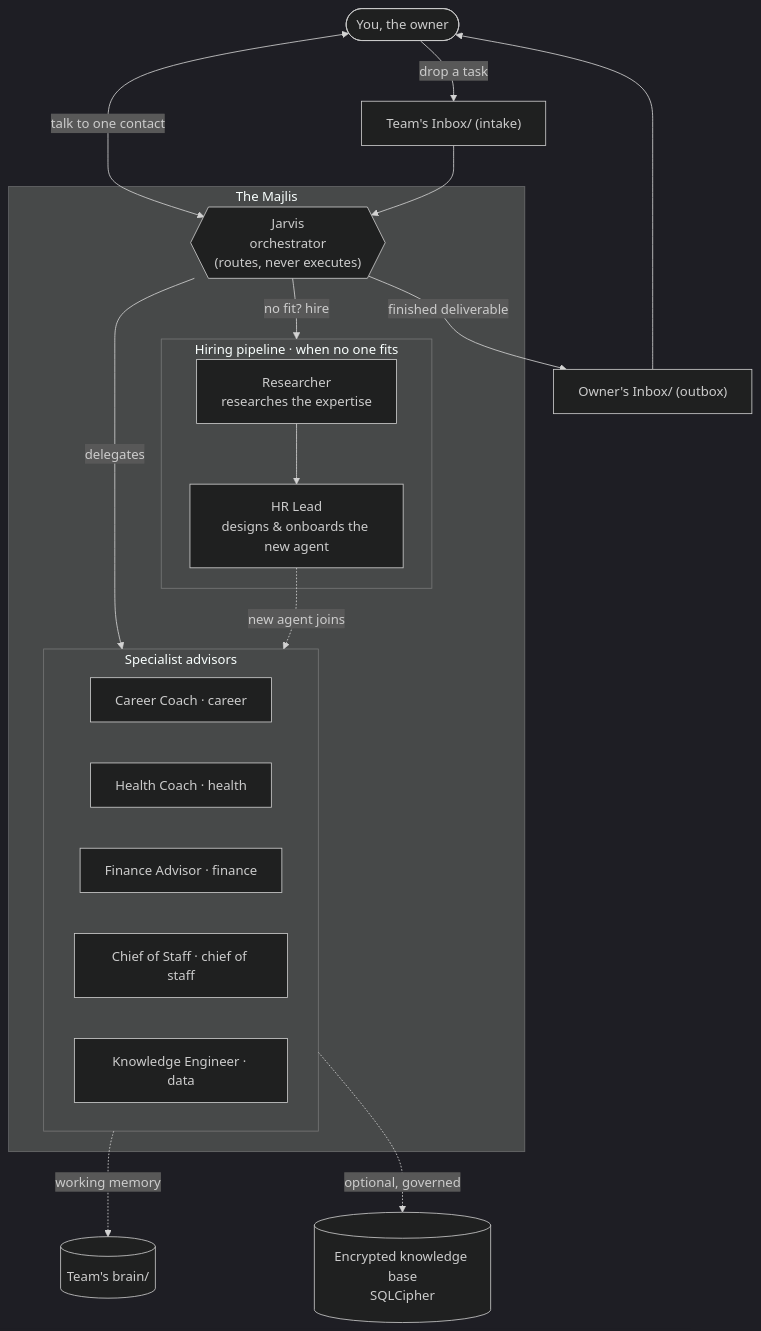
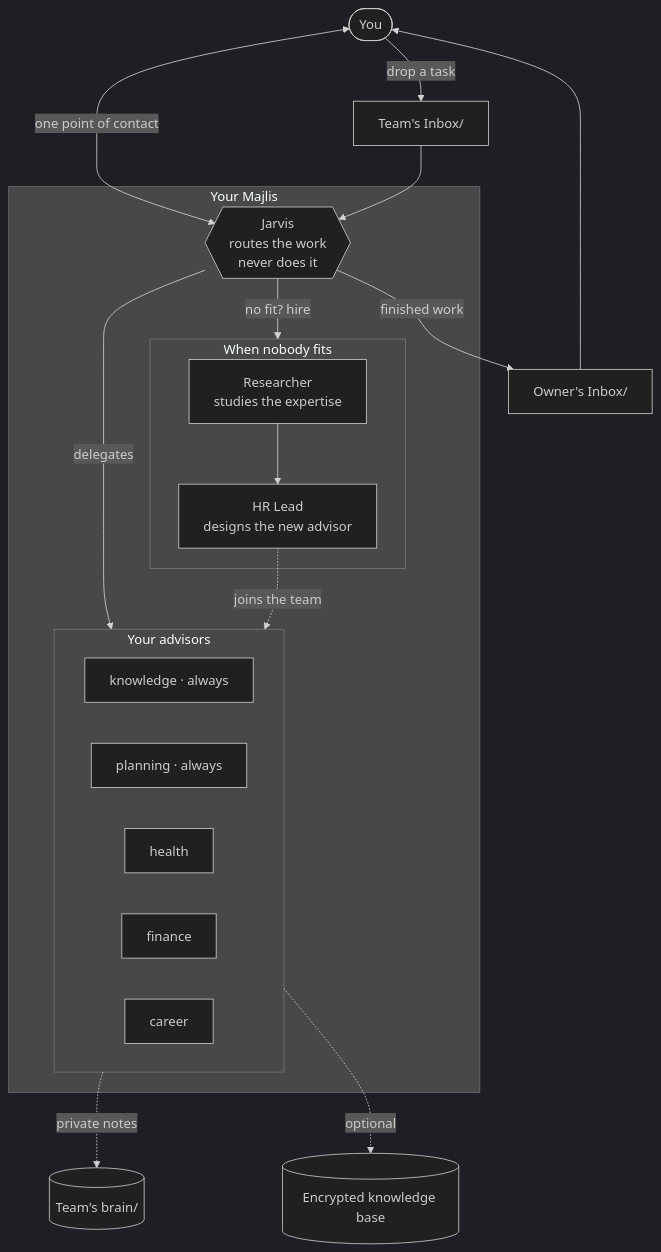
The diagram in README.md (shenril/majlis), drawn with Mermaid (dark theme) before and after one commit. The commit also changed other lines of this file, not shown here.

First line of the commit message:
docs(readme): rewrite for newcomers — lead with install, defer internals

````diff
--- a/README.md
+++ b/README.md
@@ -23,34 +203,34 @@
 ```mermaid
 flowchart TD
-    Owner([You, the owner]) <-->|talk to one contact| Jarvis
+    Owner([You]) <-->|one point of contact| Jarvis
 
-    subgraph Council[The Majlis]
-        Jarvis{{"Jarvis<br/>orchestrator<br/>(routes, never executes)"}}
+    subgraph Council[Your Majlis]
+        Jarvis{{"Jarvis<br/>routes the work<br/>never does it"}}
 
-        subgraph Specialists[Specialist advisors]
-            S1[Career Coach · career]
-            S2[Health Coach · health]
-            S3[Finance Advisor · finance]
-            S4[Chief of Staff · chief of staff]
-            S5[Knowledge Engineer · data]
+        subgraph Specialists[Your advisors]
+            S1[knowledge · always]
+            S2[planning · always]
+            S3[health]
+            S4[finance]
+            S5[career]
         end
 
-        subgraph Hiring[Hiring pipeline · when no one fits]
-            H1[Researcher<br/>researches the expertise]
-            H2[HR Lead<br/>designs & onboards the new agent]
+        subgraph Hiring[When nobody fits]
+            H1[Researcher<br/>studies the expertise]
+            H2[HR Lead<br/>designs the new advisor]
             H1 --> H2
         end
 
         Jarvis -->|delegates| Specialists
         Jarvis -->|no fit? hire| Hiring
-        H2 -.->|new agent joins| Specialists
+        H2 -.->|joins the team| Specialists
     end
 
-    Owner -->|drop a task| Inbox["Team's Inbox/ (intake)"]
+    Owner -->|drop a task| Inbox["Team's Inbox/"]
     Inbox --> Jarvis
-    Jarvis -->|finished deliverable| Outbox["Owner's Inbox/ (outbox)"]
+    Jarvis -->|finished work| Outbox["Owner's Inbox/"]
     Outbox --> Owner
 
-    Specialists -.->|working memory| Brain[("Team's brain/")]
-    Specialists -.->|optional, governed| DB[("Encrypted knowledge base<br/>SQLCipher")]
+    Specialists -.->|private notes| Brain[("Team's brain/")]
+    Specialists -.->|optional| DB[("Encrypted knowledge base")]
 ```
````
